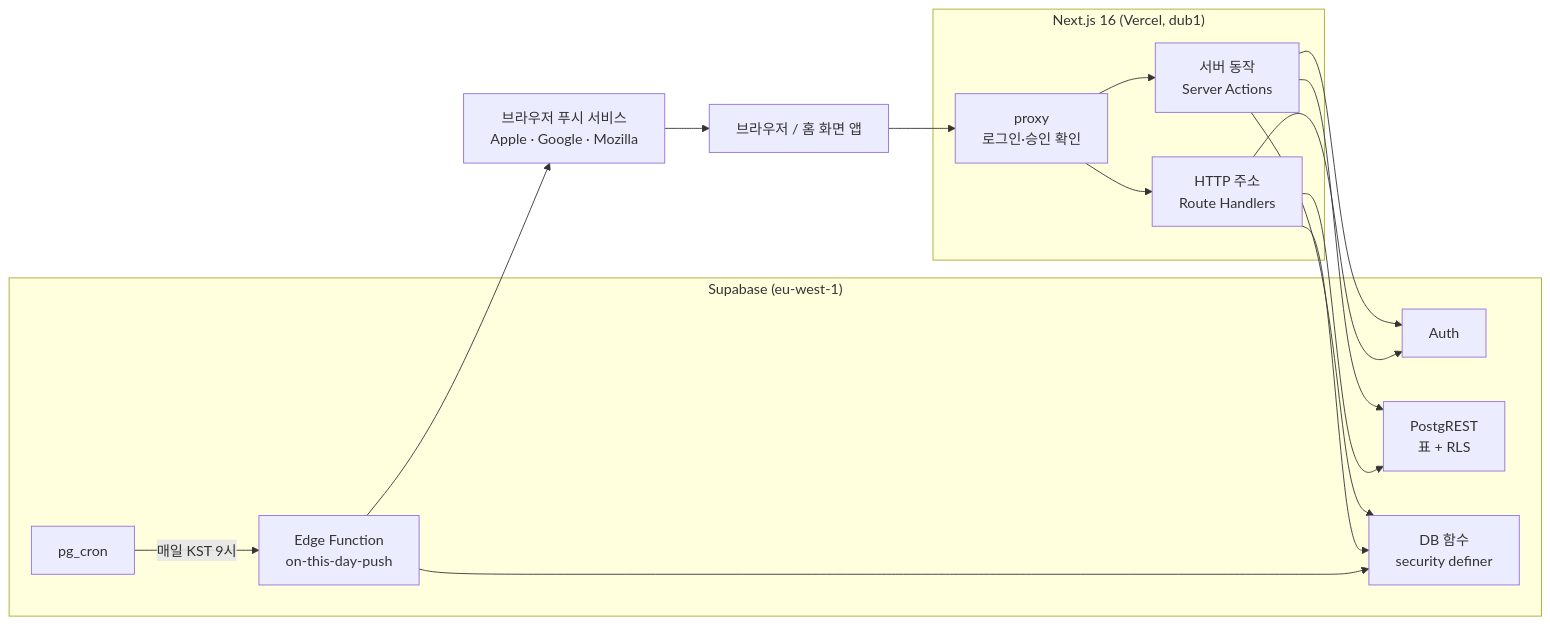
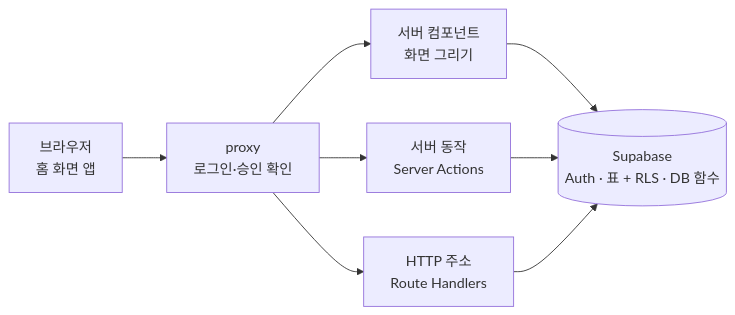
The first of 2 diagrams in docs/api.md (choitjddn0311/nook), drawn with Mermaid before and after one commit. The commit also changed other lines of this file, not shown here.

Commit message:
docs: 구조 그림을 요청 흐름과 알림 흐름으로 나누기

````diff
--- a/docs/api.md
+++ b/docs/api.md
@@ -29,23 +31,10 @@
 ```mermaid
 flowchart LR
-  B[브라우저 / 홈 화면 앱]
-  subgraph Vercel["Next.js 16 (Vercel, dub1)"]
-    P[proxy<br/>로그인·승인 확인]
-    SA[서버 동작<br/>Server Actions]
-    RH[HTTP 주소<br/>Route Handlers]
-  end
-  subgraph Supabase["Supabase (eu-west-1)"]
-    AUTH[Auth]
-    REST[PostgREST<br/>표 + RLS]
-    RPC[DB 함수<br/>security definer]
-    CRON[pg_cron]
-    EF[Edge Function<br/>on-this-day-push]
-  end
-  PUSH[브라우저 푸시 서비스<br/>Apple · Google · Mozilla]
-
-  B --> P --> SA & RH
-  SA & RH --> AUTH & REST & RPC
-  CRON -- 매일 KST 9시 --> EF
-  EF --> RPC
-  EF --> PUSH --> B
+  B["브라우저<br/>홈 화면 앱"] --> P["proxy<br/>로그인·승인 확인"]
+  P --> SC["서버 컴포넌트<br/>화면 그리기"]
+  P --> SA["서버 동작<br/>Server Actions"]
+  P --> RH["HTTP 주소<br/>Route Handlers"]
+  SC --> SB[("Supabase<br/>Auth · 표 + RLS · DB 함수")]
+  SA --> SB
+  RH --> SB
 ```
````
